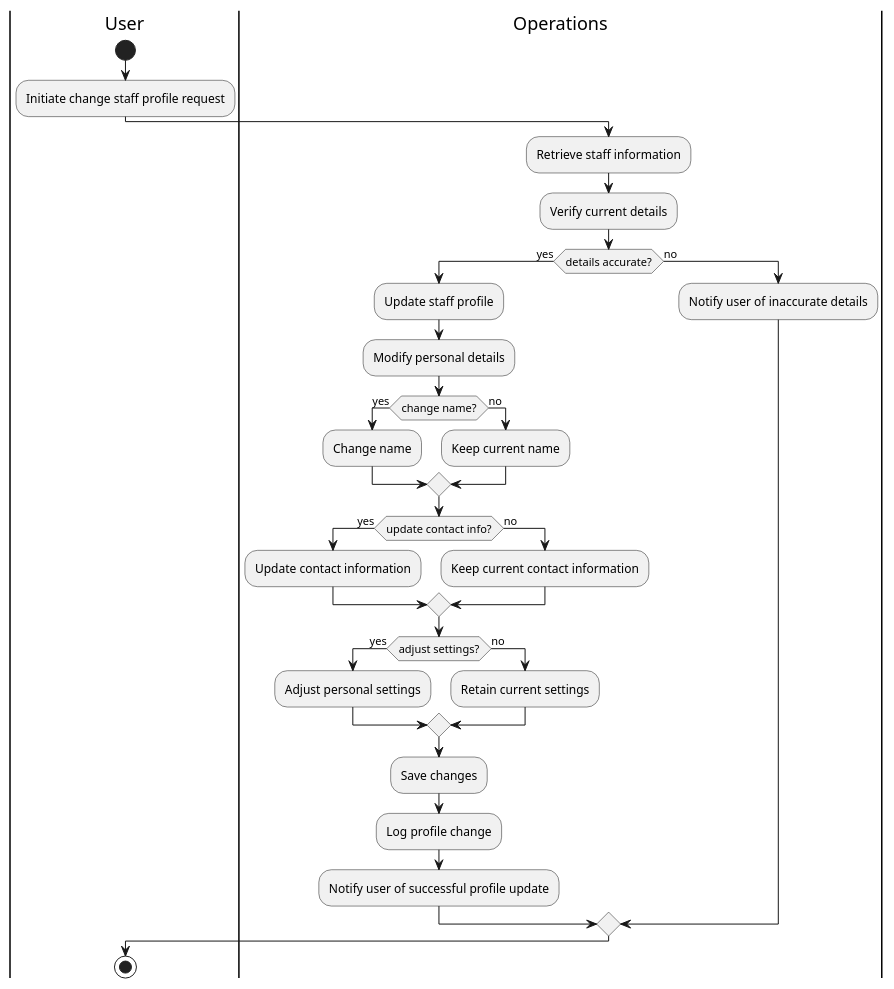
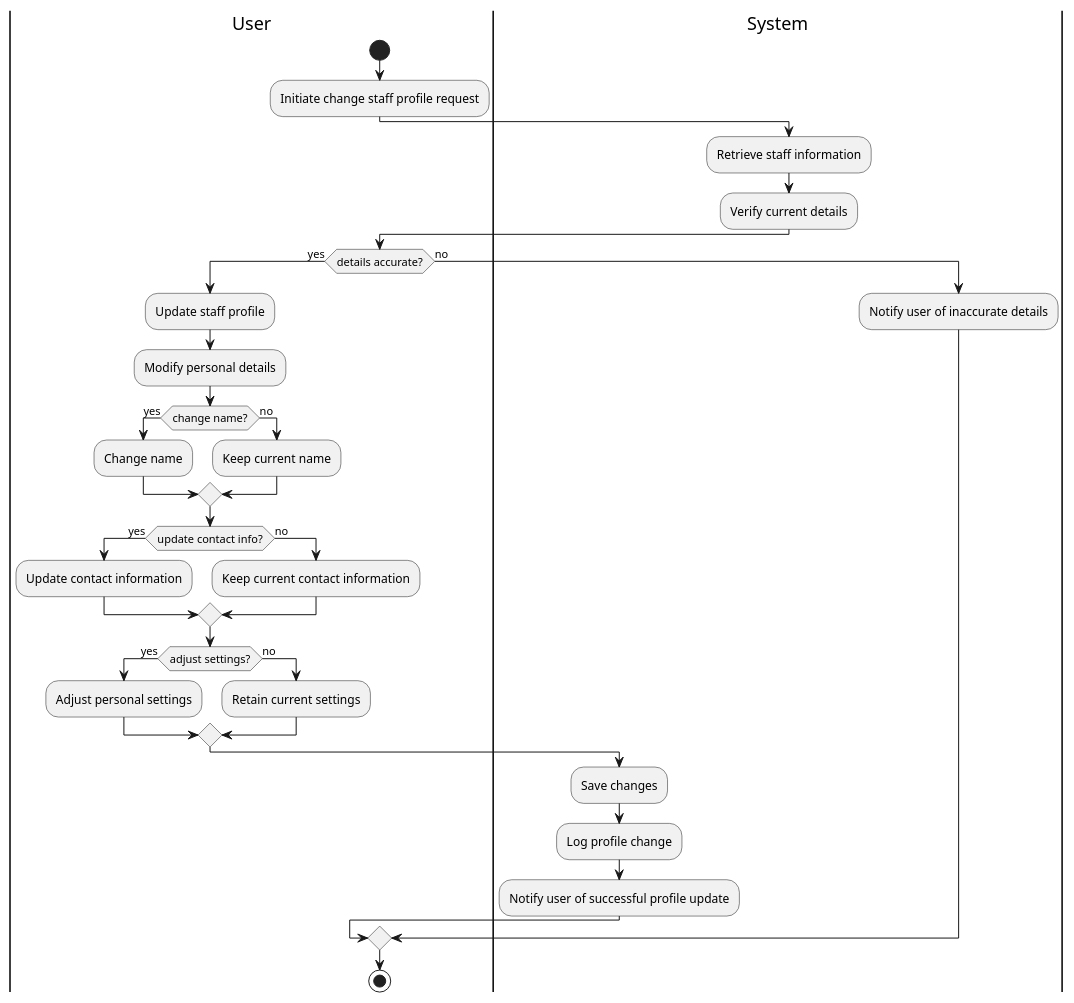
One commit to bthZang/SE357.O12.PMCL-practice changed the diagram in Lab1.2/Activity/Change staff profile.puml. Above: the diagram before and after it, drawn with PlantUML.

Commit message:
add activity for "Change staff profile"

```diff
--- a/Lab1.2/Activity/Change staff profile.puml
+++ b/Lab1.2/Activity/Change staff profile.puml
@@ -1,42 +1,47 @@
 @startuml "Change staff profile"
 |User|
 start
 
 :Initiate change staff profile request;
 
-|Operations|
+|System|
 :Retrieve staff information;
 :Verify current details;
 
+|User|
 if (details accurate?) then (yes)
   :Update staff profile;
   :Modify personal details;
 
   if (change name?) then (yes)
     :Change name;
   else (no)
     :Keep current name;
   endif
 
   if (update contact info?) then (yes)
+    |User|
     :Update contact information;
   else (no)
     :Keep current contact information;
   endif
 
   if (adjust settings?) then (yes)
+    |User|
     :Adjust personal settings;
   else (no)
     :Retain current settings;
   endif
 
+  |System|
   :Save changes;
   :Log profile change;
+
   :Notify user of successful profile update;
 else (no)
   :Notify user of inaccurate details;
 endif
 
 |User|
 stop
 @enduml
```
